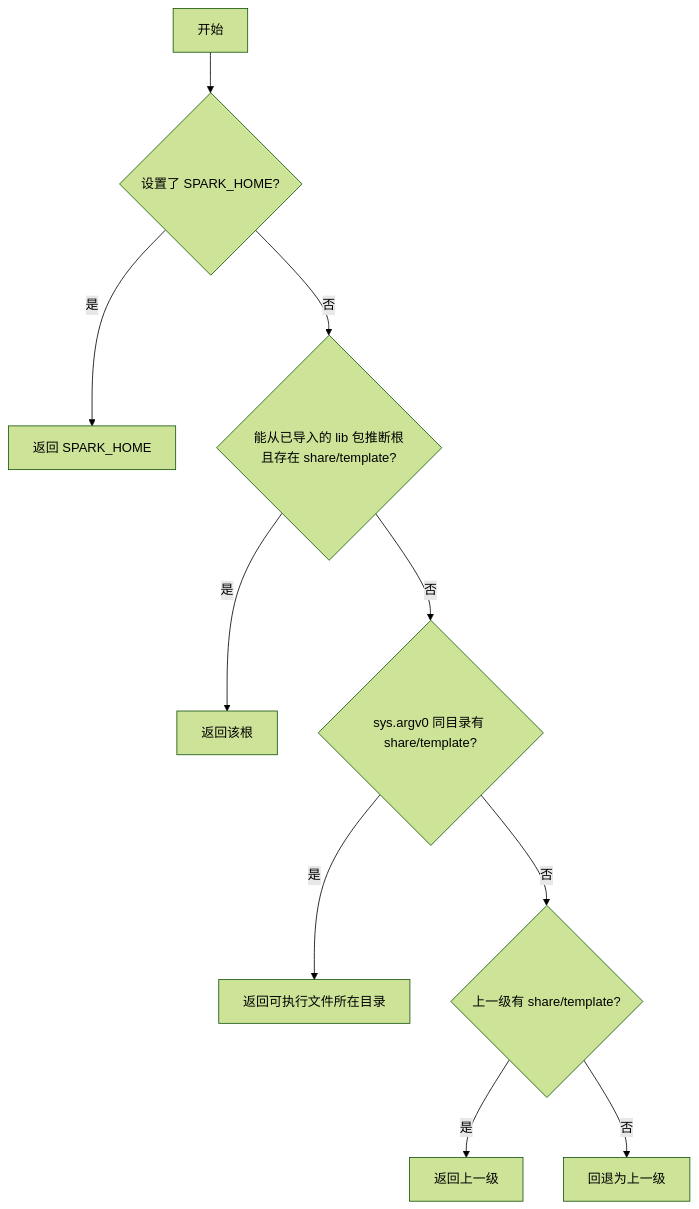
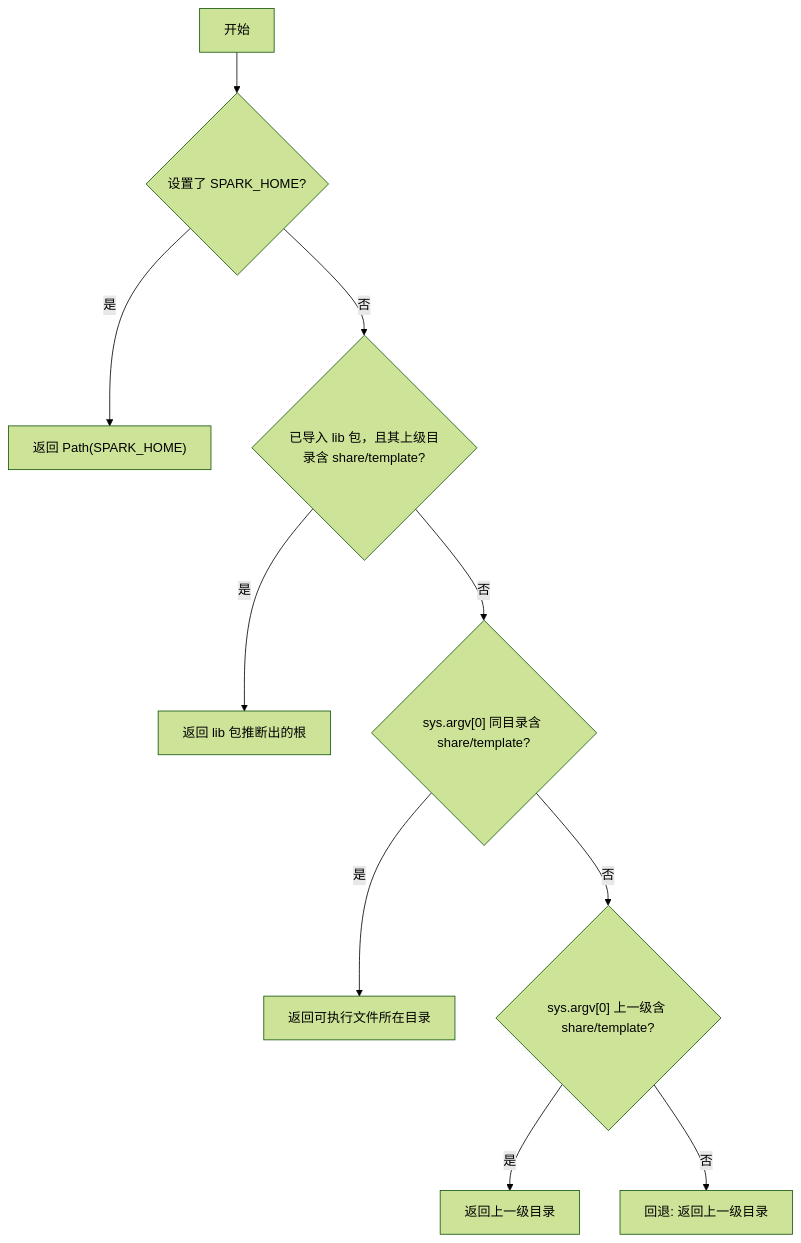
Before and after one commit to SuperAsneiitor/Spark: the fourth of 9 diagrams in share/doc/NUITKA_BUILD.md, drawn with Mermaid (forest theme). The commit also changed other lines of this file and 2 other files, not shown here.

First line of the commit message:
docs: expand Nuitka guide with flowcharts and cross-links

````diff
--- a/share/doc/NUITKA_BUILD.md
+++ b/share/doc/NUITKA_BUILD.md
@@ -64,12 +145,12 @@
 ```mermaid
 flowchart TD
-  A[开始] --> B{设置了 SPARK_HOME?}
-  B -->|是| Z[返回 SPARK_HOME]
-  B -->|否| C{能从已导入的 lib 包推断根且存在 share/template?}
-  C -->|是| Z2[返回该根]
-  C -->|否| D{sys.argv0 同目录有 share/template?}
-  D -->|是| Z3[返回可执行文件所在目录]
-  D -->|否| E{上一级有 share/template?}
-  E -->|是| Z4[返回上一级]
-  E -->|否| Z5[回退为上一级]
+  A["开始"] --> B{"设置了 SPARK_HOME?"}
+  B -->|是| B1["返回 Path(SPARK_HOME)"]
+  B -->|否| C{"已导入 lib 包，且其上级目录含 share/template?"}
+  C -->|是| C1["返回 lib 包推断出的根"]
+  C -->|否| D{"sys.argv[0] 同目录含 share/template?"}
+  D -->|是| D1["返回可执行文件所在目录"]
+  D -->|否| E{"sys.argv[0] 上一级含 share/template?"}
+  E -->|是| E1["返回上一级目录"]
+  E -->|否| F["回退: 返回上一级目录"]
 ```
````
